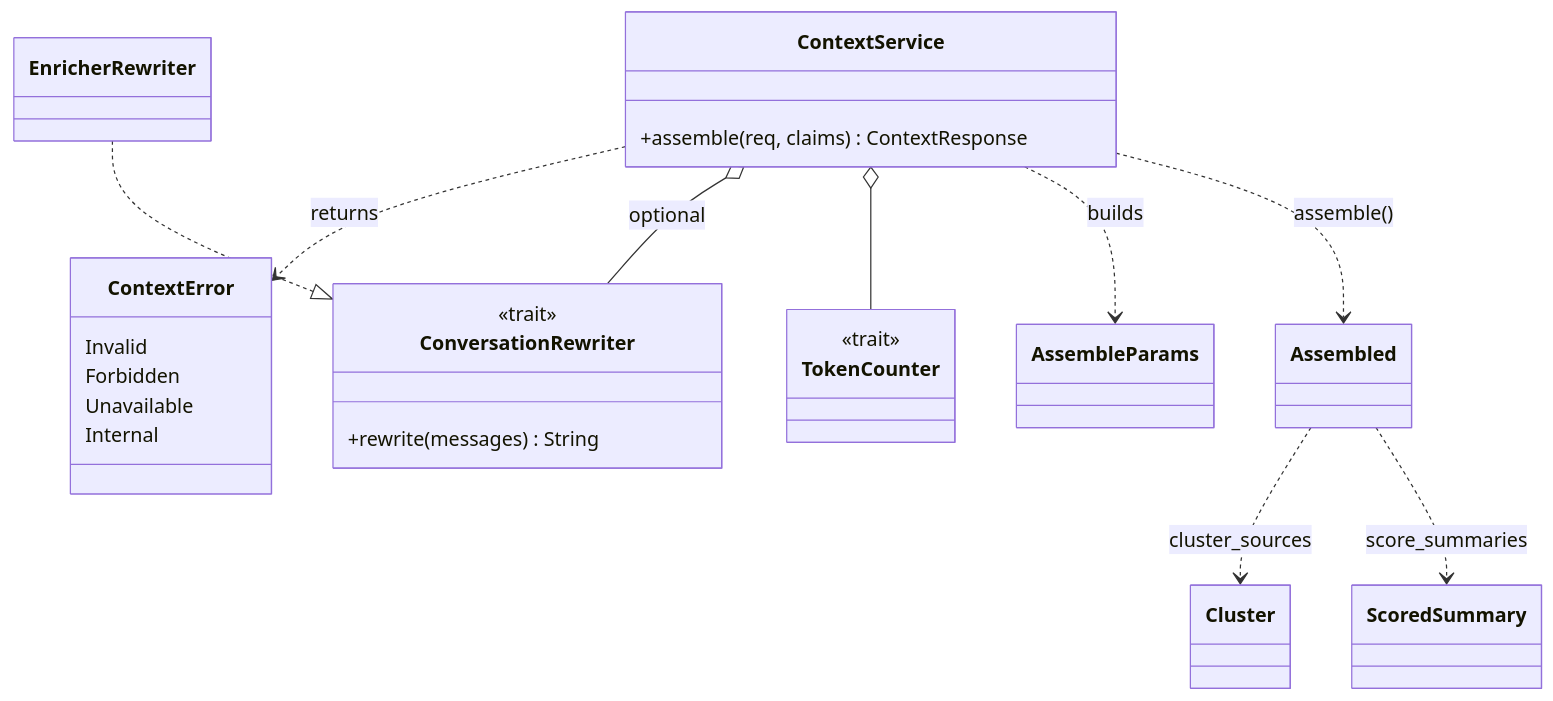
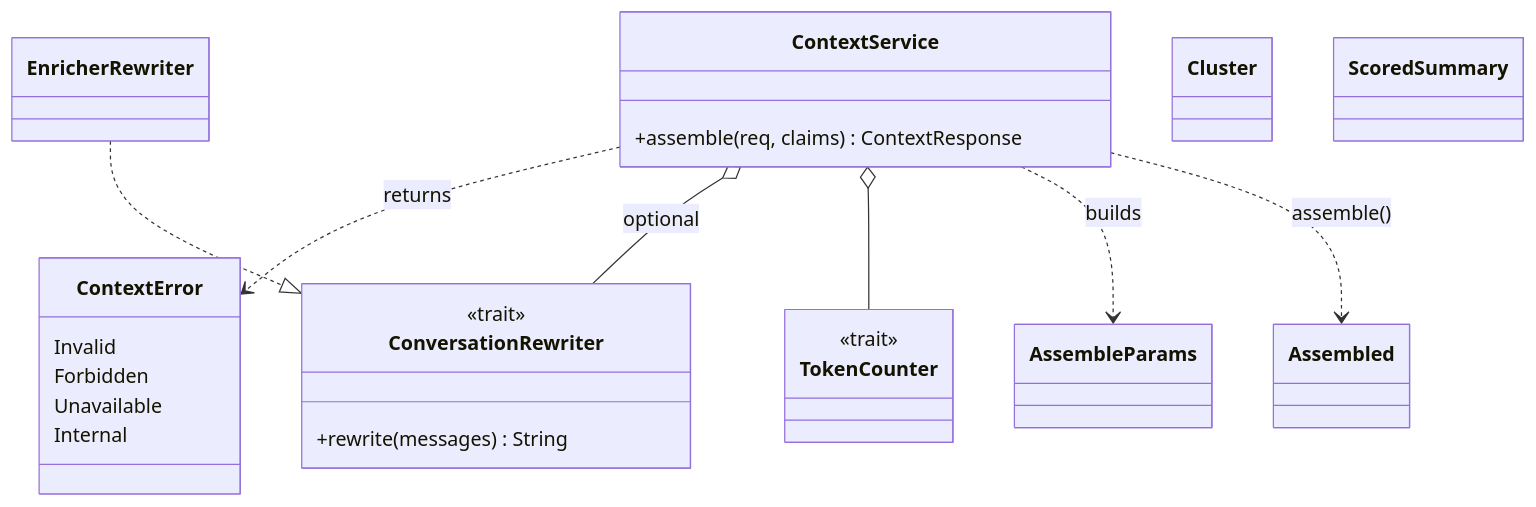
The diagram in wiki/context.md (sirius-zuo/arcanum), drawn with Mermaid before and after one commit. The commit also changed other lines of this file and 4 other files, not shown here.

````diff
--- a/wiki/context.md
+++ b/wiki/context.md
@@ -45,33 +45,31 @@
 ```mermaid
 classDiagram
     class ContextService {
         +assemble(req, claims) ContextResponse
     }
     class ContextError {
         Invalid
         Forbidden
         Unavailable
         Internal
     }
     class ConversationRewriter {
         <<trait>>
         +rewrite(messages) String
     }
     class EnricherRewriter
     class TokenCounter {
         <<trait>>
     }
     class AssembleParams
     class Assembled
     class Cluster
     class ScoredSummary
 
     ContextService ..> ContextError : returns
     ContextService o-- ConversationRewriter : optional
     ContextService o-- TokenCounter
     ContextService ..> AssembleParams : builds
     ContextService ..> Assembled : assemble()
     EnricherRewriter ..|> ConversationRewriter
-    Assembled ..> Cluster : cluster_sources
-    Assembled ..> ScoredSummary : score_summaries
 ```
````
